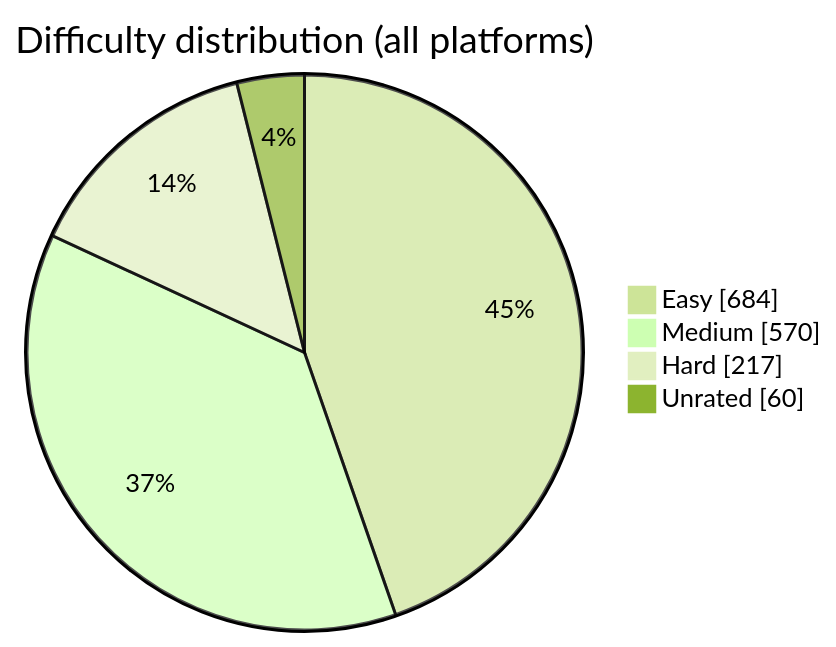
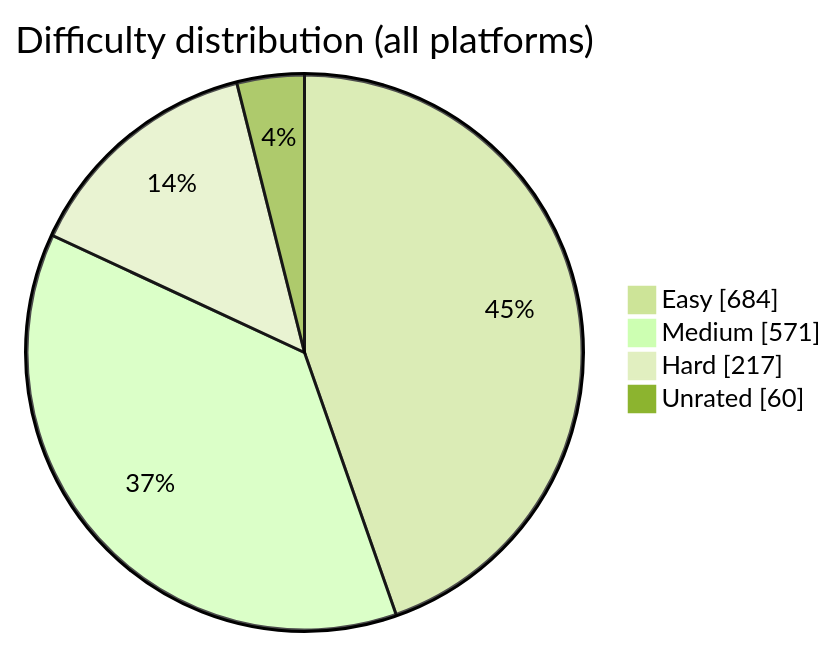
The diagram in README.md (BuildbyArindam/Daily-Coding-Log), drawn with Mermaid (forest theme) before and after one commit. The commit also changed other lines of this file, not shown here.

````diff
--- a/README.md
+++ b/README.md
@@ -93,7 +93,7 @@
 ```mermaid
 pie showData title Difficulty distribution (all platforms)
     "Easy" : 684
-    "Medium" : 570
+    "Medium" : 571
     "Hard" : 217
     "Unrated" : 60
 ```
````
